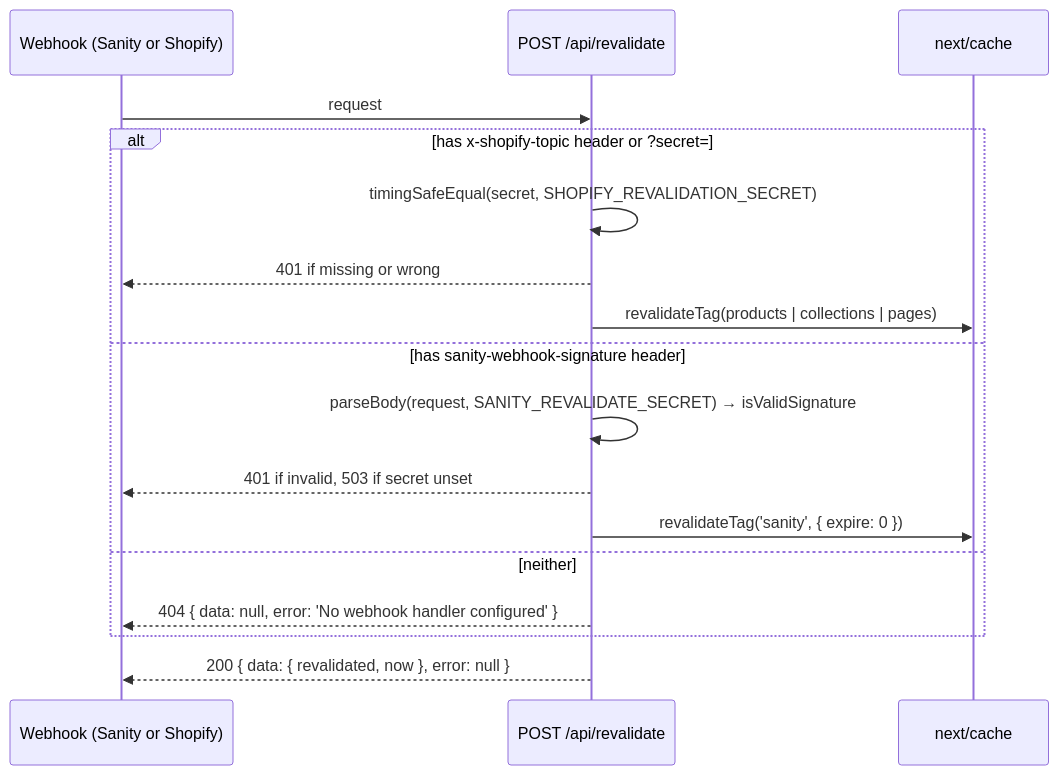
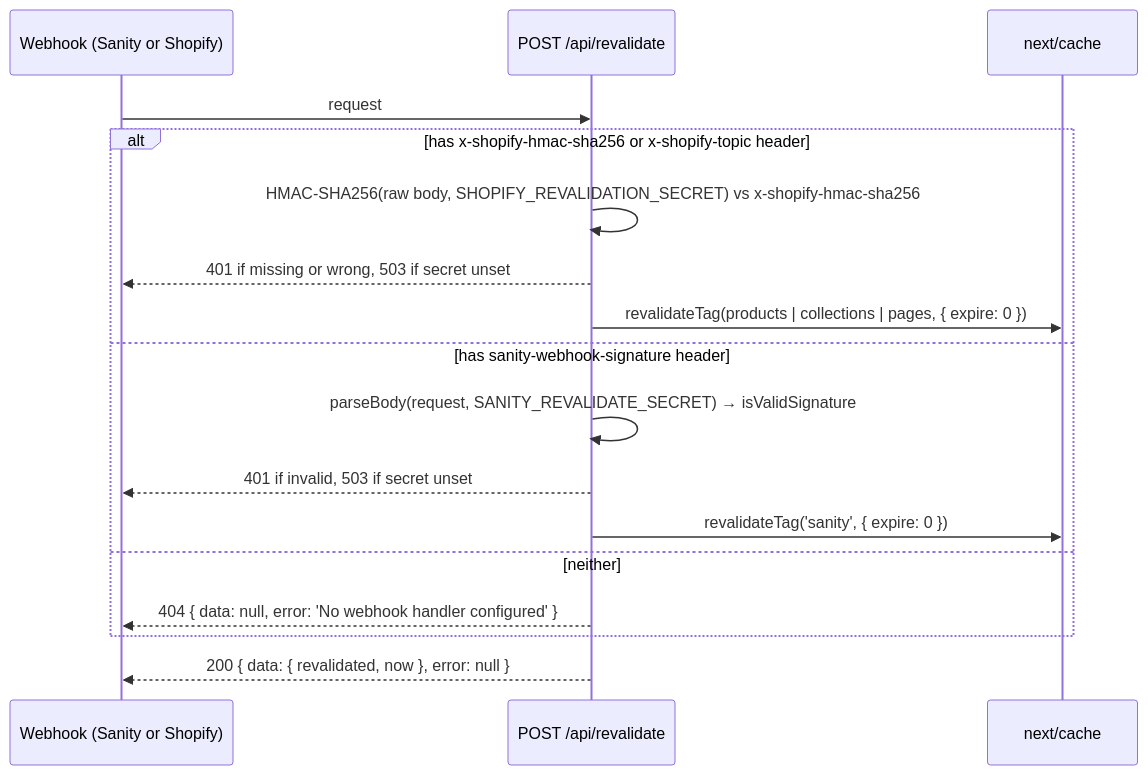
One commit to darkroomengineering/satus changed the diagram in app/api/README.md. Above: the diagram before and after it, drawn with Mermaid. The commit also changed other lines of this file and 23 other files, not shown here.

````diff
--- a/app/api/README.md
+++ b/app/api/README.md
@@ -62,19 +62,19 @@
 ```mermaid
 sequenceDiagram
     participant W as Webhook (Sanity or Shopify)
     participant R as POST /api/revalidate
     participant T as next/cache
     W->>R: request
-    alt has x-shopify-topic header or ?secret=
-        R->>R: timingSafeEqual(secret, SHOPIFY_REVALIDATION_SECRET)
-        R-->>W: 401 if missing or wrong
-        R->>T: revalidateTag(products | collections | pages)
+    alt has x-shopify-hmac-sha256 or x-shopify-topic header
+        R->>R: HMAC-SHA256(raw body, SHOPIFY_REVALIDATION_SECRET) vs x-shopify-hmac-sha256
+        R-->>W: 401 if missing or wrong, 503 if secret unset
+        R->>T: revalidateTag(products | collections | pages, { expire: 0 })
     else has sanity-webhook-signature header
         R->>R: parseBody(request, SANITY_REVALIDATE_SECRET) → isValidSignature
         R-->>W: 401 if invalid, 503 if secret unset
         R->>T: revalidateTag('sanity', { expire: 0 })
     else neither
         R-->>W: 404 { data: null, error: 'No webhook handler configured' }
     end
     R-->>W: 200 { data: { revalidated, now }, error: null }
 ```
````
